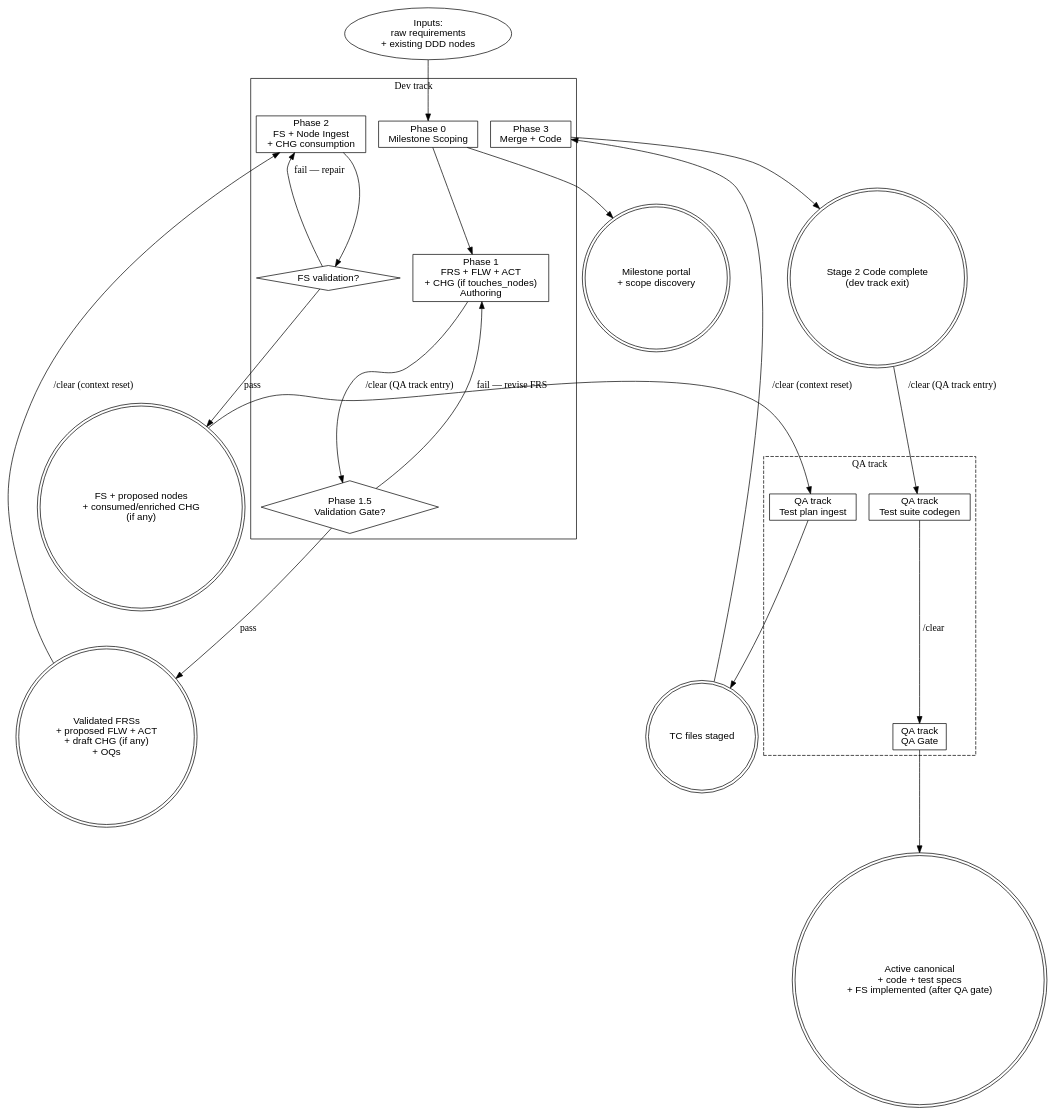
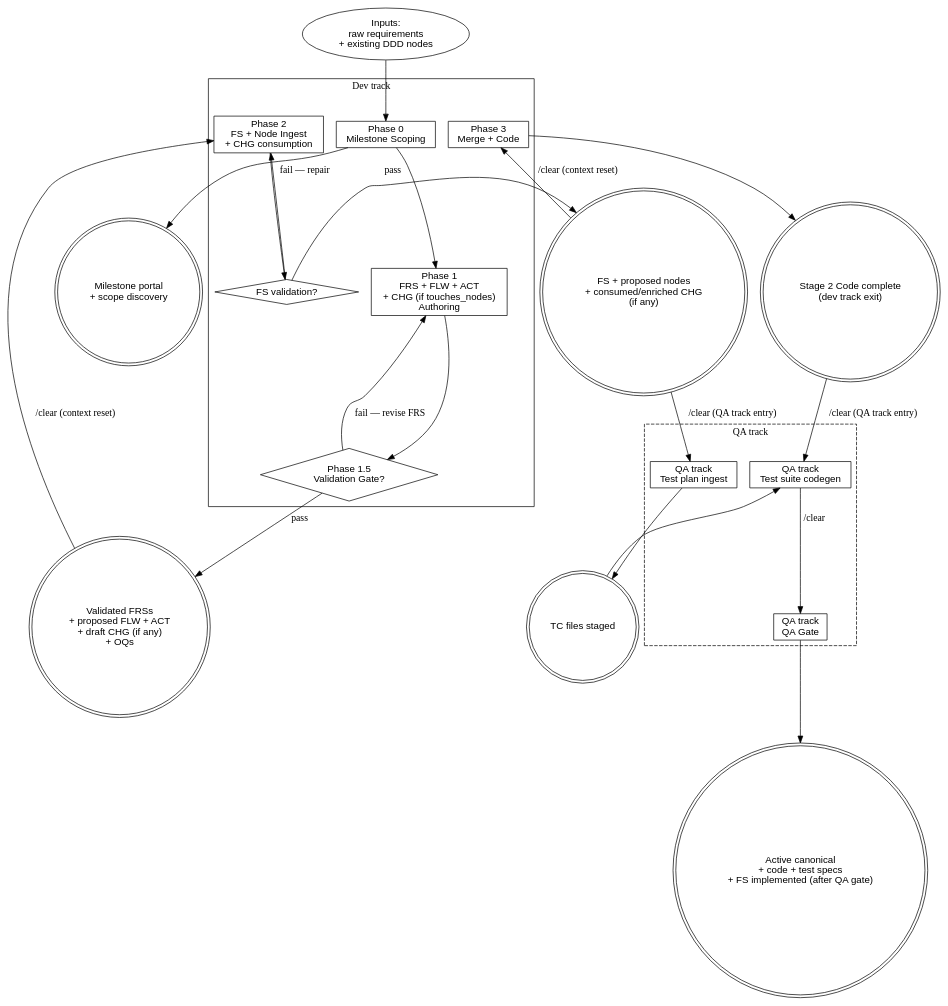
The diagram in sdlc/WORKFLOW.md (thapaliyabikendra/agentic-dev-workspace), drawn with Graphviz before and after one commit. The commit also changed 2 other files, not shown here.

Commit message:
add protocol-surface-leak sanity rule; fix QA-track edges in workflow graph

````diff
--- a/sdlc/WORKFLOW.md
+++ b/sdlc/WORKFLOW.md
@@ -130,51 +130,52 @@
 ```dot
 digraph workflow_phases {
     rankdir=TB;
     node [fontname="Helvetica"];
 
     inputs    [shape=oval,  label="Inputs:\nraw requirements\n+ existing DDD nodes"];
 
     subgraph cluster_dev {
         label="Dev track";
         phase0    [shape=box,   label="Phase 0\nMilestone Scoping"];
         phase1    [shape=box,   label="Phase 1\nFRS + FLW + ACT\n+ CHG (if touches_nodes)\nAuthoring"];
         gate15    [shape=diamond, label="Phase 1.5\nValidation Gate?"];
         phase2    [shape=box,   label="Phase 2\nFS + Node Ingest\n+ CHG consumption"];
         fsval     [shape=diamond, label="FS validation?"];
         phase3a   [shape=box,   label="Phase 3\nMerge + Code"];
     }
 
     subgraph cluster_qa {
         label="QA track";
         style=dashed;
         phase2tp  [shape=box,   label="QA track\nTest plan ingest"];
         phase3b   [shape=box,   label="QA track\nTest suite codegen"];
         phase3c   [shape=box,   label="QA track\nQA Gate"];
     }
 
     out_ms        [shape=doublecircle, label="Milestone portal\n+ scope discovery"];
     out_frs       [shape=doublecircle, label="Validated FRSs\n+ proposed FLW + ACT\n+ draft CHG (if any)\n+ OQs"];
     out_fs        [shape=doublecircle, label="FS + proposed nodes\n+ consumed/enriched CHG\n(if any)"];
     out_tc        [shape=doublecircle, label="TC files staged"];
     out_impl_code [shape=doublecircle, label="Stage 2 Code complete\n(dev track exit)"];
     out_impl      [shape=doublecircle, label="Active canonical\n+ code + test specs\n+ FS implemented (after QA gate)"];
 
     inputs -> phase0;
     phase0 -> out_ms;
     phase0 -> phase1;
     phase1 -> gate15;
     gate15 -> phase1   [label="fail — revise FRS"];
     gate15 -> out_frs  [label="pass"];
     out_frs -> phase2  [label="/clear (context reset)"];
     phase2 -> fsval;
     fsval -> phase2    [label="fail — repair"];
     fsval -> out_fs    [label="pass"];
     out_fs -> phase2tp [label="/clear (QA track entry)"];
+    out_fs -> phase3a  [label="/clear (context reset)"];
     phase2tp -> out_tc;
-    out_tc -> phase3a  [label="/clear (context reset)"];
+    out_tc -> phase3b;
     phase3a -> out_impl_code;
     out_impl_code -> phase3b [label="/clear (QA track entry)"];
     phase3b -> phase3c [label="/clear"];
     phase3c -> out_impl;
 }
 ```
````
